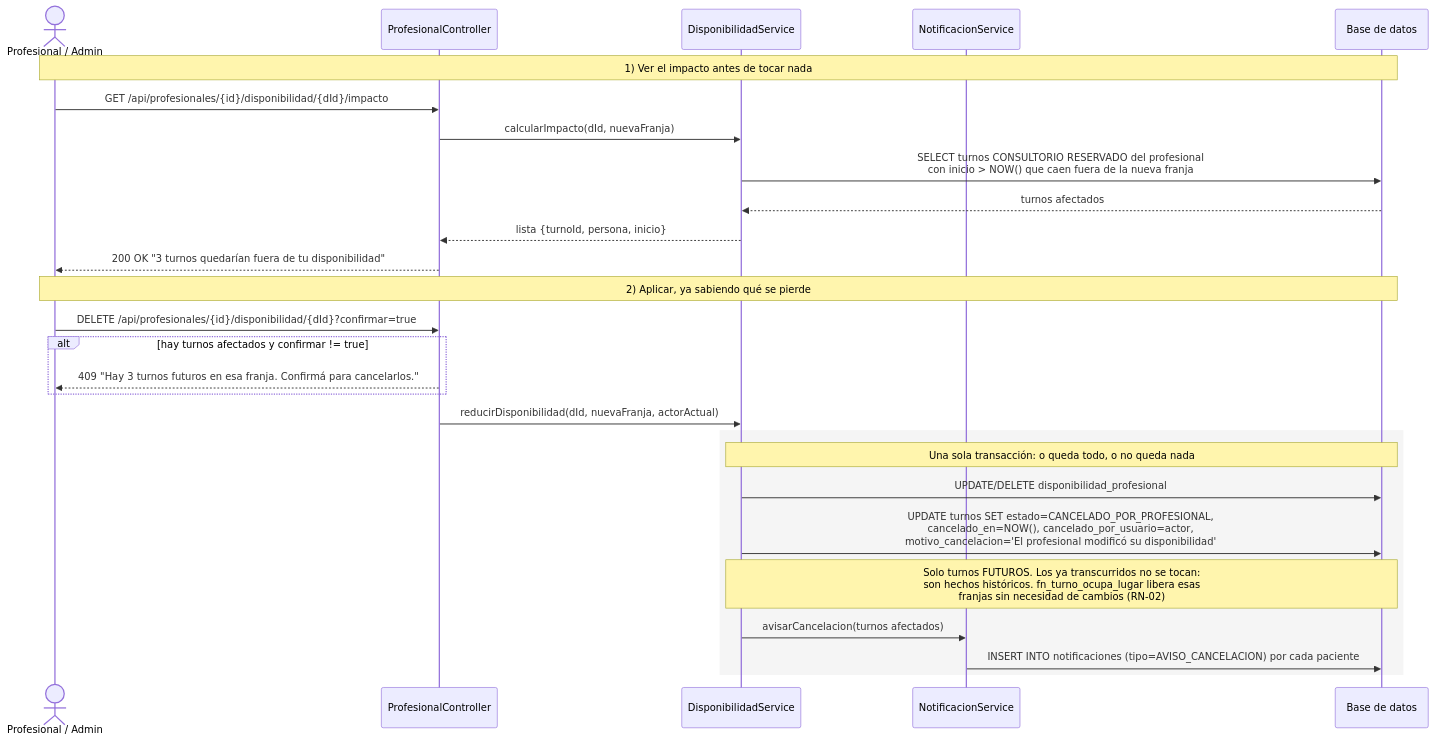
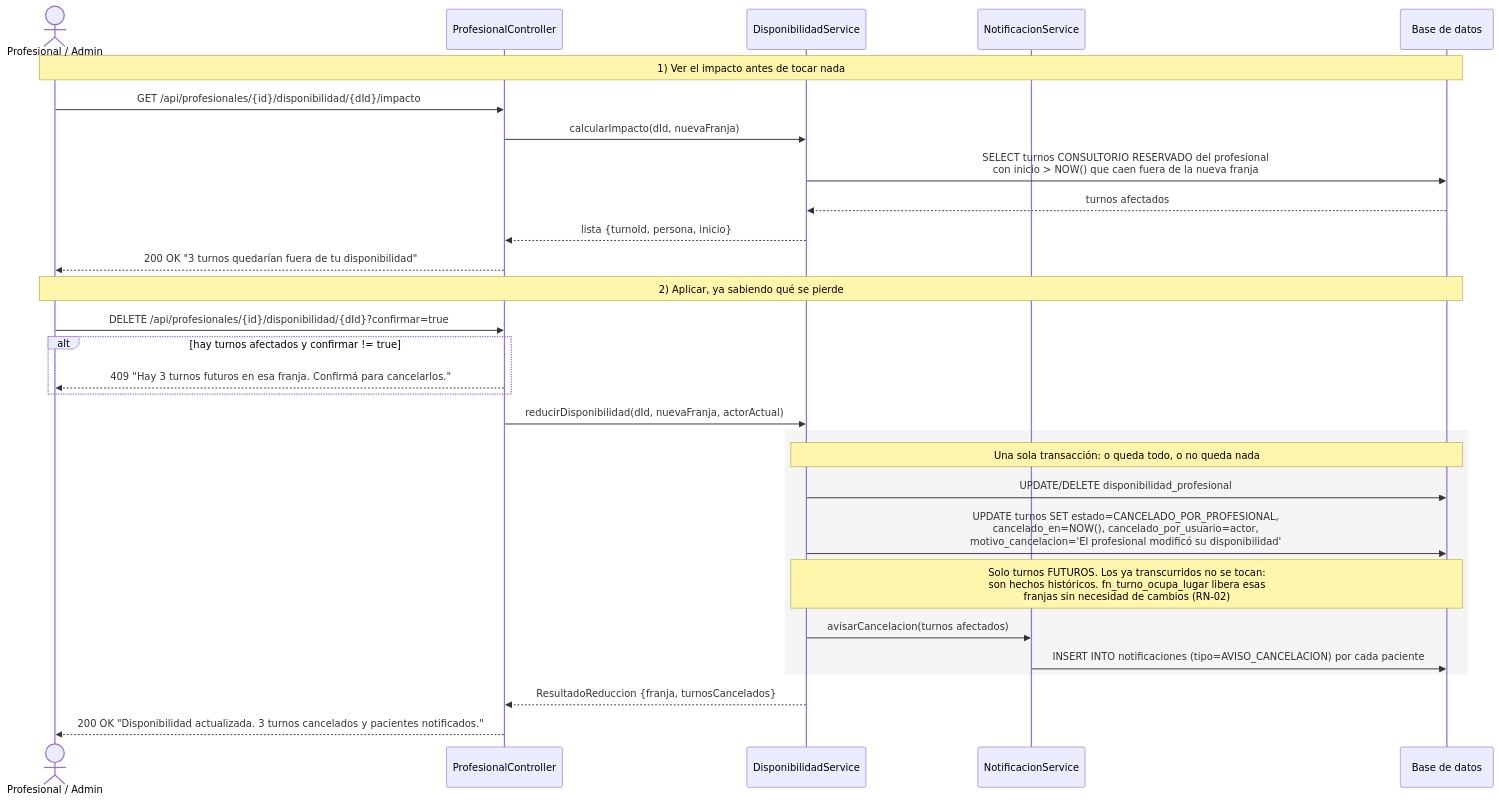
The sixth of 11 diagrams in docs/02-diseno/diagramas.md (rcalcatelli/vitalys-app), drawn with Mermaid before and after one commit. The commit also changed other lines of this file and 5 other files, not shown here.

````diff
--- a/docs/02-diseno/diagramas.md
+++ b/docs/02-diseno/diagramas.md
@@ -309,34 +318,37 @@
 ```mermaid
 sequenceDiagram
     actor P as Profesional / Admin
     participant API as ProfesionalController
     participant DS as DisponibilidadService
     participant NS as NotificacionService
     participant DB as Base de datos
 
     Note over P,DB: 1) Ver el impacto antes de tocar nada
     P->>API: GET /api/profesionales/{id}/disponibilidad/{dId}/impacto
     API->>DS: calcularImpacto(dId, nuevaFranja)
     DS->>DB: SELECT turnos CONSULTORIO RESERVADO del profesional<br/>con inicio > NOW() que caen fuera de la nueva franja
     DB-->>DS: turnos afectados
     DS-->>API: lista {turnoId, persona, inicio}
     API-->>P: 200 OK "3 turnos quedarían fuera de tu disponibilidad"
 
     Note over P,DB: 2) Aplicar, ya sabiendo qué se pierde
     P->>API: DELETE /api/profesionales/{id}/disponibilidad/{dId}?confirmar=true
 
     alt hay turnos afectados y confirmar != true
         API-->>P: 409 "Hay 3 turnos futuros en esa franja. Confirmá para cancelarlos."
     end
 
     API->>DS: reducirDisponibilidad(dId, nuevaFranja, actorActual)
 
     rect rgb(245, 245, 245)
         Note over DS,DB: Una sola transacción: o queda todo, o no queda nada
         DS->>DB: UPDATE/DELETE disponibilidad_profesional
         DS->>DB: UPDATE turnos SET estado=CANCELADO_POR_PROFESIONAL,<br/>cancelado_en=NOW(), cancelado_por_usuario=actor,<br/>motivo_cancelacion='El profesional modificó su disponibilidad'
         Note over DS,DB: Solo turnos FUTUROS. Los ya transcurridos no se tocan:<br/>son hechos históricos. fn_turno_ocupa_lugar libera esas<br/>franjas sin necesidad de cambios (RN-02)
         DS->>NS: avisarCancelacion(turnos afectados)
         NS->>DB: INSERT INTO notificaciones (tipo=AVISO_CANCELACION) por cada paciente
     end
+
+    DS-->>API: ResultadoReduccion {franja, turnosCancelados}
+    API-->>P: 200 OK "Disponibilidad actualizada. 3 turnos cancelados y pacientes notificados."
 ```
````
